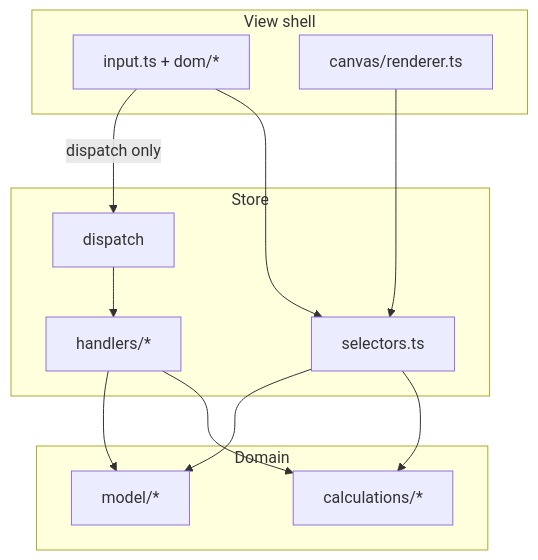
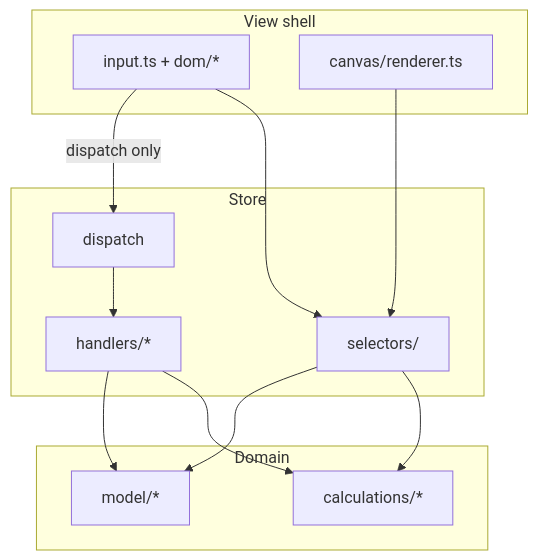
Before and after one commit to katerberg/wizard-tower-builder: the second of 3 diagrams in README.md, drawn with Mermaid. The commit also changed other lines of this file and 114 other files, not shown here.

````diff
--- a/README.md
+++ b/README.md
@@ -121,24 +121,24 @@
 ```mermaid
 flowchart TB
   subgraph viewLayer [View shell]
     Input[input.ts + dom/*]
     Canvas[canvas/renderer.ts]
   end
   subgraph storeLayer [Store]
     Dispatch[dispatch]
     Handlers[handlers/*]
-    Selectors[selectors.ts]
+    Selectors[selectors/]
   end
   subgraph domain [Domain]
     Model[model/*]
     Calc[calculations/*]
   end
   Input -->|dispatch only| Dispatch
   Dispatch --> Handlers
   Handlers --> Model
   Handlers --> Calc
   Selectors --> Model
   Selectors --> Calc
   Canvas --> Selectors
   Input --> Selectors
 ```
````
